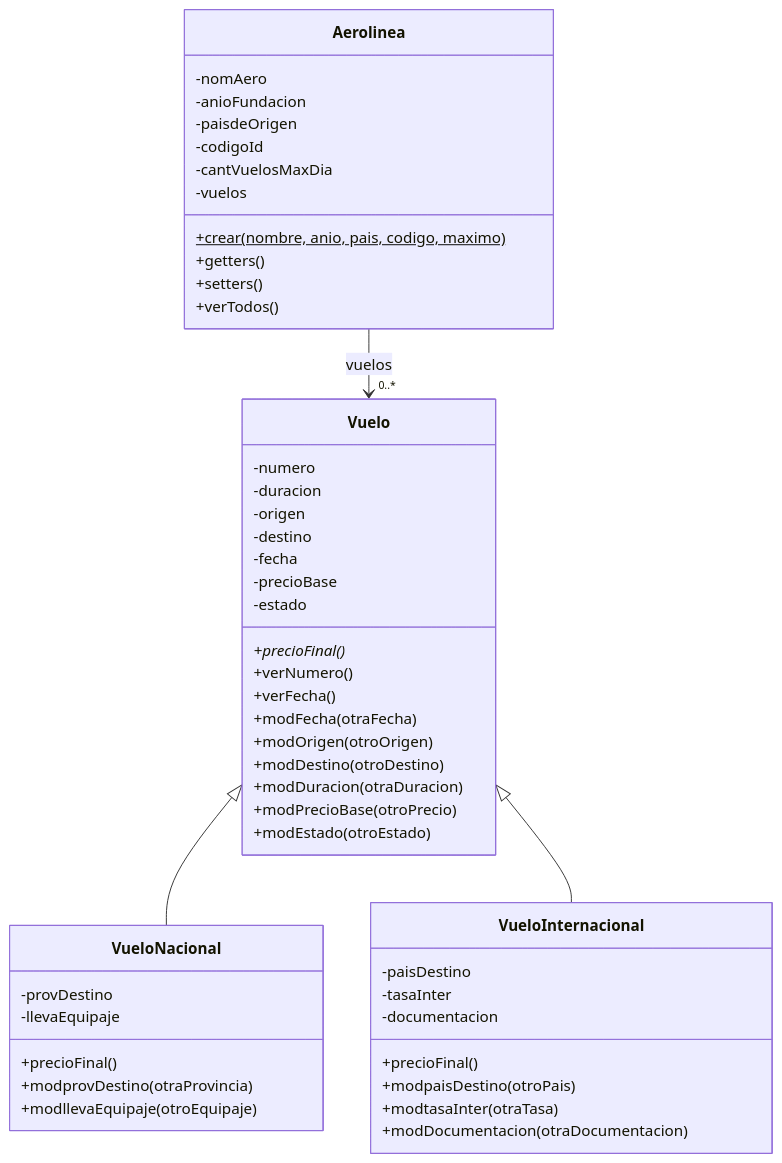
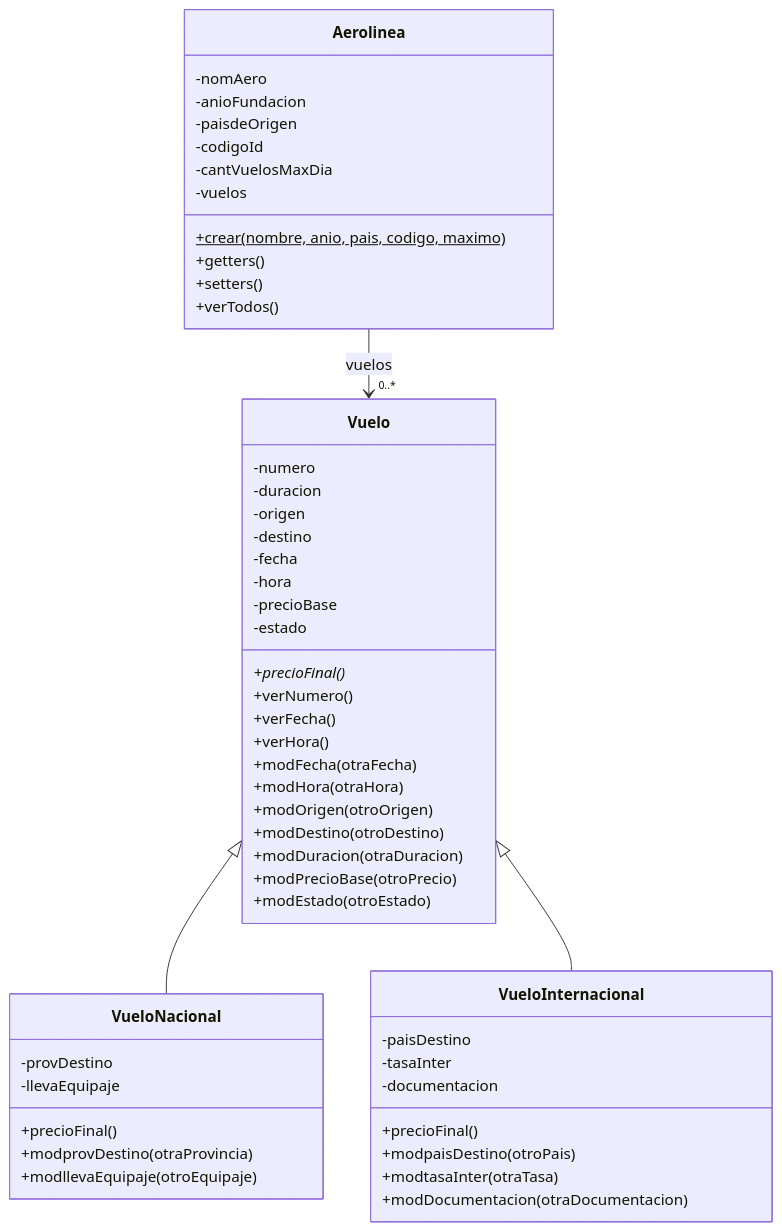
One commit to Chinuxs/Paradigmas changed the diagram in trabajo-integrador/documentacion/diagramaClases.md. Above: the diagram before and after it, drawn with Mermaid. The commit also changed 23 other files, not shown here.

````diff
--- a/trabajo-integrador/documentacion/diagramaClases.md
+++ b/trabajo-integrador/documentacion/diagramaClases.md
@@ -5,53 +5,56 @@
 ```mermaid
 classDiagram
     direction TB
     class Aerolinea {
         -nomAero
         -anioFundacion
         -paisdeOrigen
         -codigoId
         -cantVuelosMaxDia
         -vuelos
         +crear(nombre, anio, pais, codigo, maximo)$
         +getters()
         +setters()
         +verTodos()
     }
     class Vuelo {
         -numero
         -duracion
         -origen
         -destino
         -fecha
+        -hora
         -precioBase
         -estado
         +precioFinal()*
         +verNumero()
         +verFecha()
+        +verHora()
         +modFecha(otraFecha)
+        +modHora(otraHora)
         +modOrigen(otroOrigen)
         +modDestino(otroDestino)
         +modDuracion(otraDuracion)
         +modPrecioBase(otroPrecio)
         +modEstado(otroEstado)
     }
     class VueloNacional {
         -provDestino
         -llevaEquipaje
         +precioFinal()
         +modprovDestino(otraProvincia)
         +modllevaEquipaje(otroEquipaje)
     }
     class VueloInternacional {
         -paisDestino
         -tasaInter
         -documentacion
         +precioFinal()
         +modpaisDestino(otroPais)
         +modtasaInter(otraTasa)
         +modDocumentacion(otraDocumentacion)
     }
     Aerolinea --> "0..*" Vuelo : vuelos
     Vuelo <|-- VueloNacional
     Vuelo <|-- VueloInternacional
 ```
````
